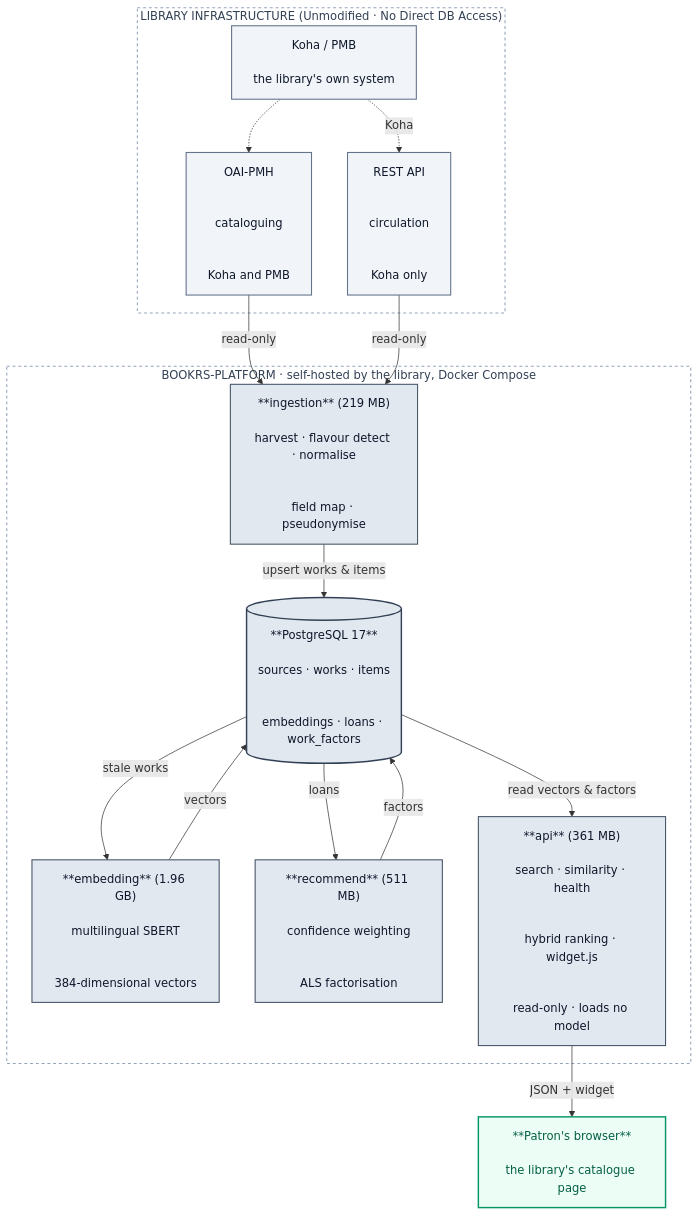
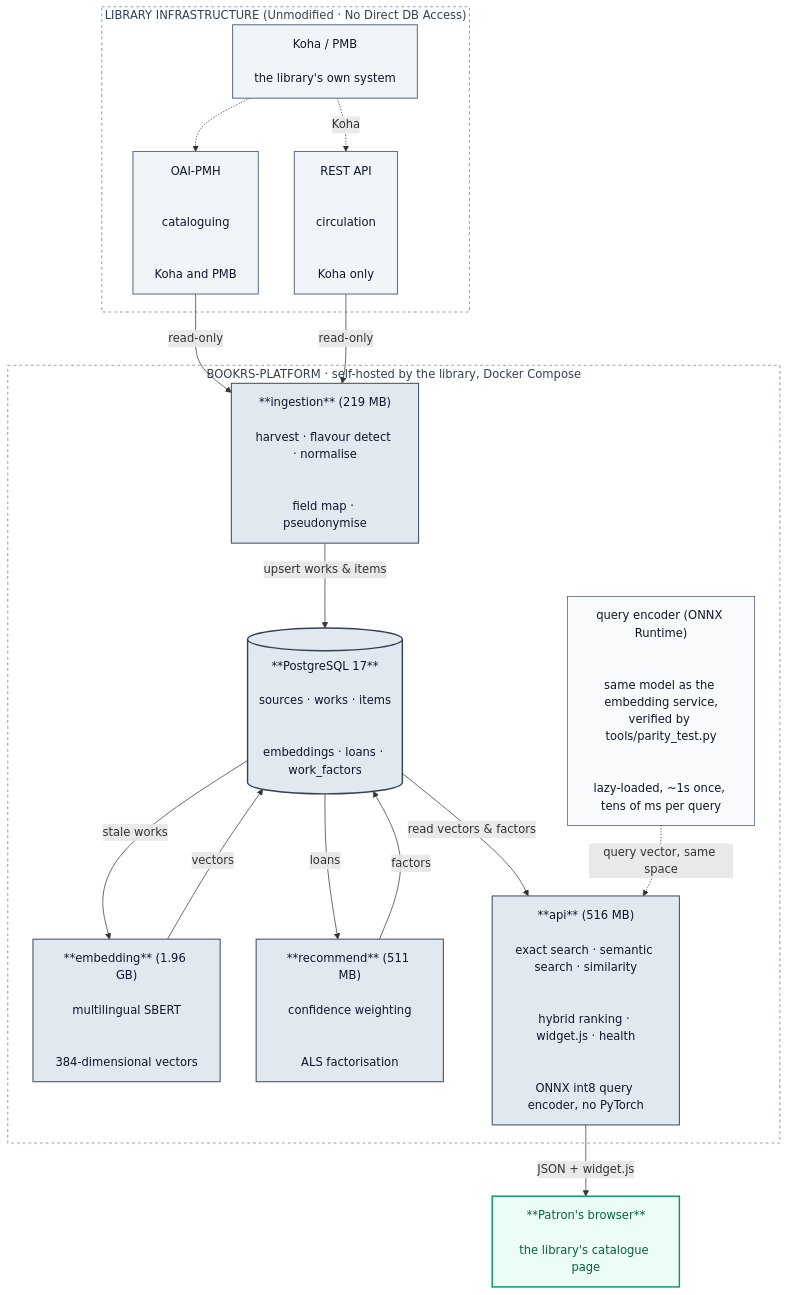
One commit to AslanSingha/BookRS-Platform changed the diagram in docs/figures/bookrs-architecture.mmd. Above: the diagram before and after it, drawn with Mermaid. The commit also changed 4 other files, not shown here.

```diff
--- a/docs/figures/bookrs-architecture.mmd
+++ b/docs/figures/bookrs-architecture.mmd
@@ -1,95 +1,106 @@
 graph TD
     %% Styling and Classes
     classDef infra fill:#f1f5f9,stroke:#64748b,stroke-width:1.5px,color:#0f172a;
     classDef platform fill:#ffffff,stroke:#94a3b8,stroke-dasharray: 4 4,stroke-width:1.5px,color:#334155;
     classDef service fill:#e2e8f0,stroke:#475569,stroke-width:1.5px,color:#0f172a;
     classDef database fill:#e2e8f0,stroke:#334155,stroke-width:2px,color:#0f172a;
+    classDef module fill:#f8fafc,stroke:#475569,stroke-width:1px,color:#0f172a;
     classDef browser fill:#ecfdf5,stroke:#059669,stroke-width:2px,color:#065f46;
 
     %% Upstream Infrastructure
     subgraph INFRA["LIBRARY INFRASTRUCTURE (Unmodified · No Direct DB Access)"]
         KOHA["Koha / PMB
 
 the library's own system"]
         OAI_EP["OAI-PMH
 
 
 cataloguing
 
 
 Koha and PMB"]
         REST_EP["REST API
 
 
 circulation
 
 
 Koha only"]
         KOHA -.-> OAI_EP
         KOHA -.->|Koha| REST_EP
     end
     class INFRA platform;
     class KOHA,OAI_EP,REST_EP infra;
 
     %% Platform Services
     subgraph PLATFORM["BOOKRS-PLATFORM · self-hosted by the library, Docker Compose"]
 
         INGEST["**ingestion** (219 MB)
 
 harvest · flavour detect · normalise
 
 
 field map · pseudonymise"]
 
         DB[("**PostgreSQL 17**
 
 sources · works · items
 
 
 embeddings · loans · work_factors")]
 
         EMBED["**embedding** (1.96 GB)
 
 multilingual SBERT
 
 
 384-dimensional vectors"]
 
         RECOMMEND["**recommend** (511 MB)
 
 confidence weighting
 
 
 ALS factorisation"]
 
-        API["**api** (361 MB)
+        API["**api** (516 MB)
 
-search · similarity · health
+exact search · semantic search · similarity
 
 
-hybrid ranking · widget.js
+hybrid ranking · widget.js · health
 
 
-read-only · loads no model"]
+ONNX int8 query encoder, no PyTorch"]
 
         INGEST -->|upsert works & items| DB
         DB -->|stale works| EMBED
         EMBED -->|vectors| DB
         DB -->|loans| RECOMMEND
         RECOMMEND -->|factors| DB
         DB -->|read vectors & factors| API
+        ENC["query encoder (ONNX Runtime)
+
+
+same model as the embedding service,
+verified by tools/parity_test.py
+
+
+lazy-loaded, ~1s once, tens of ms per query"]
+        ENC -.->|query vector, same space| API
     end
     class PLATFORM platform;
     class INGEST,EMBED,RECOMMEND,API service;
+    class ENC module;
     class DB database;
 
     %% Downstream Presentation
     PATRON["**Patron's browser**
 
 the library's catalogue page"]
     class PATRON browser;
 
     %% Cross-Tier Connections
     OAI_EP -->|read-only| INGEST
     REST_EP -->|read-only| INGEST
-    API -->|JSON + widget| PATRON
+    API -->|JSON + widget.js| PATRON
```
